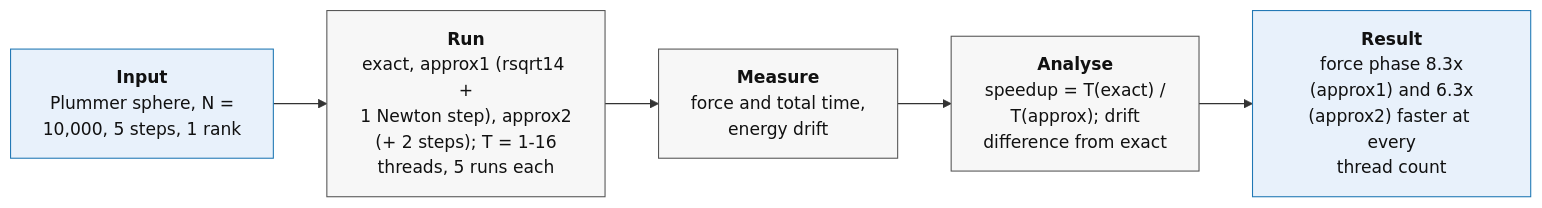
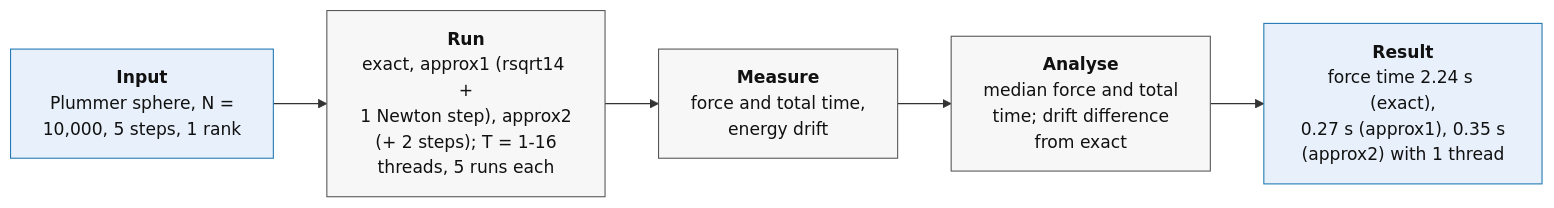
The eighth of 16 diagrams in Nbody_serial/FINAL_REPORT.md (emmadariol/HPC_exam), drawn with Mermaid before and after one commit. The commit also changed other lines of this file, not shown here.

````diff
--- a/Nbody_serial/FINAL_REPORT.md
+++ b/Nbody_serial/FINAL_REPORT.md
@@ -710,13 +727,13 @@
 ```mermaid
 flowchart LR
   A["<b>Input</b><br/>Plummer sphere, N =<br/>10,000, 5 steps, 1 rank"]
   B["<b>Run</b><br/>exact, approx1 (rsqrt14 +<br/>1 Newton step), approx2<br/>(+ 2 steps); T = 1-16<br/>threads, 5 runs each"]
   C["<b>Measure</b><br/>force and total time,<br/>energy drift"]
-  D["<b>Analyse</b><br/>speedup = T(exact) /<br/>T(approx); drift<br/>difference from exact"]
-  E["<b>Result</b><br/>force phase 8.3x<br/>(approx1) and 6.3x<br/>(approx2) faster at every<br/>thread count"]
+  D["<b>Analyse</b><br/>median force and total<br/>time; drift difference<br/>from exact"]
+  E["<b>Result</b><br/>force time 2.24 s (exact),<br/>0.27 s (approx1), 0.35 s<br/>(approx2) with 1 thread"]
   A --> B --> C --> D --> E
   classDef io fill:#e8f1fb,stroke:#1f77b4,color:#111;
   classDef step fill:#f7f7f7,stroke:#555,color:#111;
   class A,E io;
   class B,C,D step;
 ```
````
